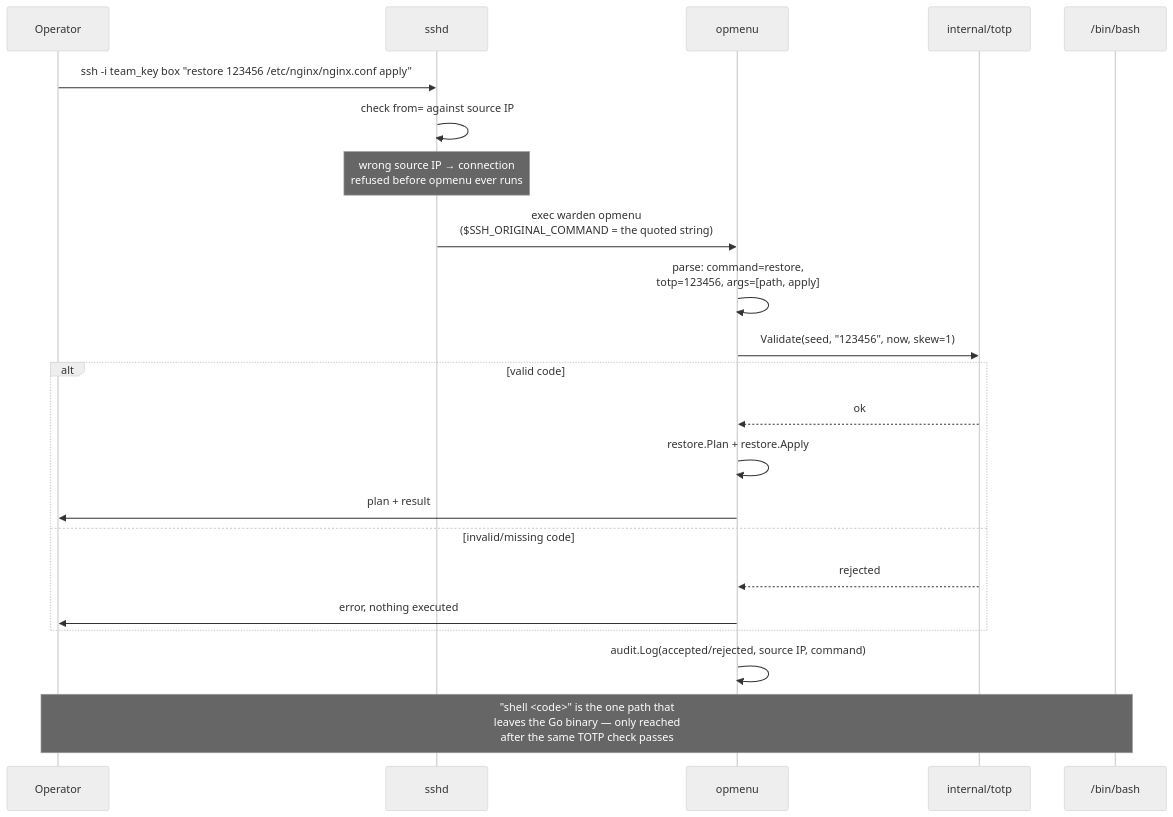
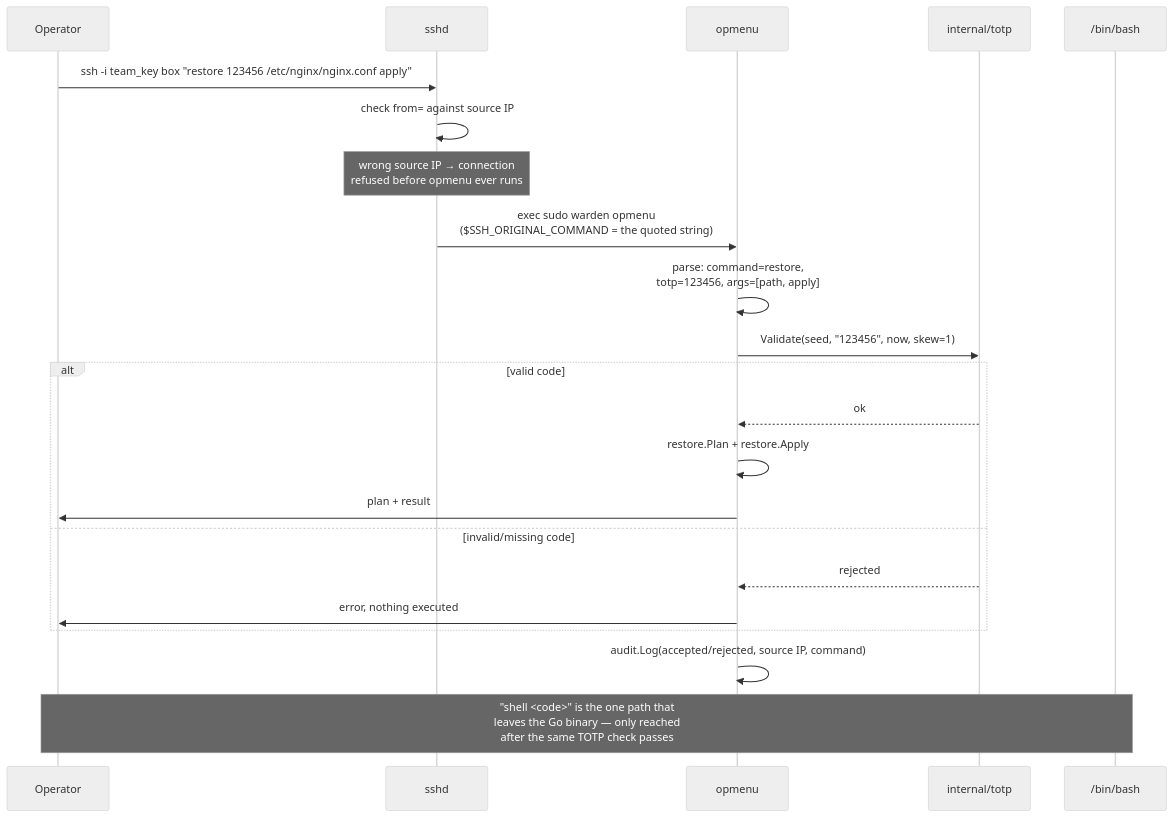
The third of 7 diagrams in docs/ARCHITECTURE.md (cofcsecurity/warden), drawn with Mermaid (neutral theme) before and after one commit. The commit also changed other lines of this file and 11 other files, not shown here.

````diff
--- a/docs/ARCHITECTURE.md
+++ b/docs/ARCHITECTURE.md
@@ -116,26 +122,26 @@
 ```mermaid
 sequenceDiagram
     participant Op as Operator
     participant sshd
     participant opmenu
     participant TOTP as internal/totp
     participant Bash as /bin/bash
 
     Op->>sshd: ssh -i team_key box "restore 123456 /etc/nginx/nginx.conf apply"
     sshd->>sshd: check from= against source IP
     Note over sshd: wrong source IP → connection<br/>refused before opmenu ever runs
-    sshd->>opmenu: exec warden opmenu<br/>($SSH_ORIGINAL_COMMAND = the quoted string)
+    sshd->>opmenu: exec sudo warden opmenu<br/>($SSH_ORIGINAL_COMMAND = the quoted string)
     opmenu->>opmenu: parse: command=restore,<br/>totp=123456, args=[path, apply]
     opmenu->>TOTP: Validate(seed, "123456", now, skew=1)
     alt valid code
         TOTP-->>opmenu: ok
         opmenu->>opmenu: restore.Plan + restore.Apply
         opmenu->>Op: plan + result
     else invalid/missing code
         TOTP-->>opmenu: rejected
         opmenu->>Op: error, nothing executed
     end
     opmenu->>opmenu: audit.Log(accepted/rejected, source IP, command)
 
     Note over Op,Bash: "shell <code>" is the one path that<br/>leaves the Go binary — only reached<br/>after the same TOTP check passes
 ```
````
